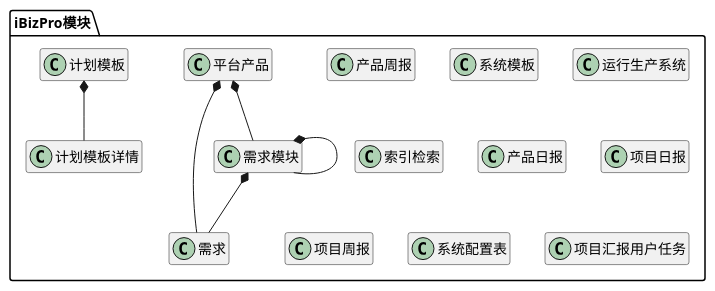
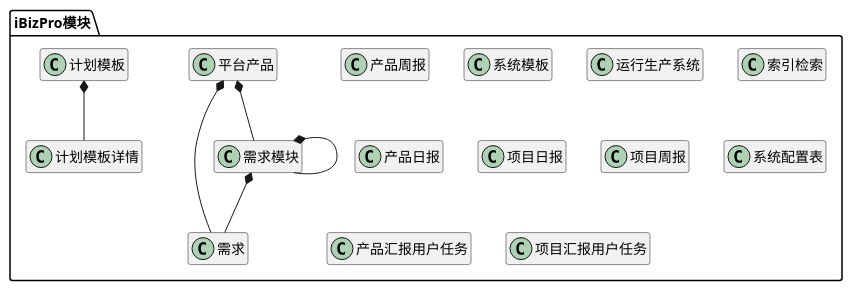
Before and after one commit to zj335841911/nt_chandao: the diagram in ibizpms-docs/src/main/doc/v1/module/ibizpro.md, drawn with PlantUML. The commit also changed other lines of this file and 46 other files, not shown here.

```diff
--- a/ibizpms-docs/src/main/doc/v1/module/ibizpro.md
+++ b/ibizpms-docs/src/main/doc/v1/module/ibizpro.md
@@ -6,68 +6,71 @@
 {% plantuml %}
 
 package iBizPro模块 {
 
 class 产品周报 {
 }
 
 class 平台产品 {
 }
 
 class 需求 {
 }
 
 class 需求模块 {
 }
 
 class 系统模板 {
 }
 
 class 运行生产系统 {
 }
 
 class 索引检索 {
 }
 
 class 产品日报 {
 }
 
 class 项目日报 {
 }
 
 class 项目周报 {
 }
 
 class 计划模板 {
 }
 
 class 计划模板详情 {
 }
 
 class 系统配置表 {
 }
 
+class 产品汇报用户任务 {
+}
+
 class 项目汇报用户任务 {
 }
 
 
 平台产品 *-- 需求模块 
 
 
 需求模块 *-- 需求模块 
 
 
 平台产品 *-- 需求 
 
 
 需求模块 *-- 需求 
 
 
 计划模板 *-- 计划模板详情 
 
 
 
 }
 
 hide members
 
 {% endplantuml %}
```
